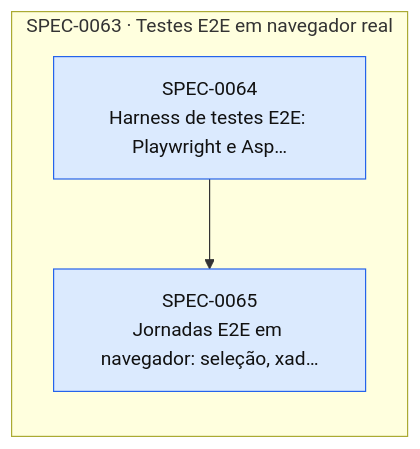
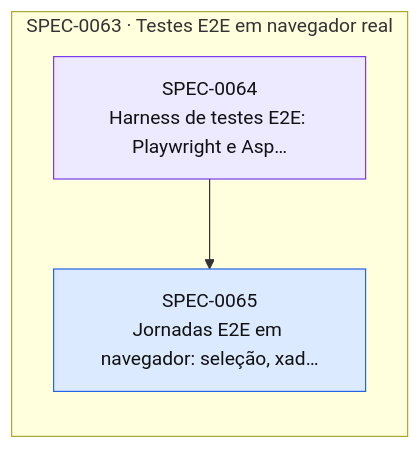
Before and after one commit to thomasravache/xo-arena: the diagram in docs/specs/INDEX.md, drawn with Mermaid. The commit also changed other lines of this file and 1 other file, not shown here.

First line of the commit message:
docs(specs): iniciar SPEC-0064 (status in-progress)

````diff
--- a/docs/specs/INDEX.md
+++ b/docs/specs/INDEX.md
@@ -39,13 +39,13 @@
 ```mermaid
 flowchart LR
   subgraph E0063["SPEC-0063 · Testes E2E em navegador real"]
-    S0064["SPEC-0064<br/>Harness de testes E2E: Playwright e Asp…"]:::approved
+    S0064["SPEC-0064<br/>Harness de testes E2E: Playwright e Asp…"]:::inprogress
     S0065["SPEC-0065<br/>Jornadas E2E em navegador: seleção, xad…"]:::approved
   end
   S0064 --> S0065
   classDef proposed fill:#fef3c7,stroke:#d97706,color:#111
   classDef approved fill:#dbeafe,stroke:#2563eb,color:#111
   classDef inprogress fill:#ede9fe,stroke:#7c3aed,color:#111
   classDef implemented fill:#dcfce7,stroke:#16a34a,color:#111
   classDef deprecated fill:#f3f4f6,stroke:#9ca3af,color:#6b7280
 ```
````
